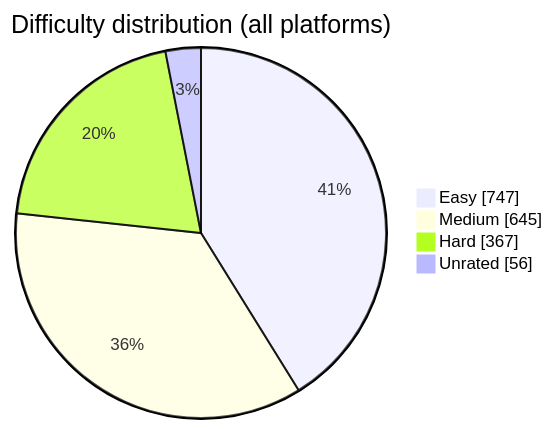
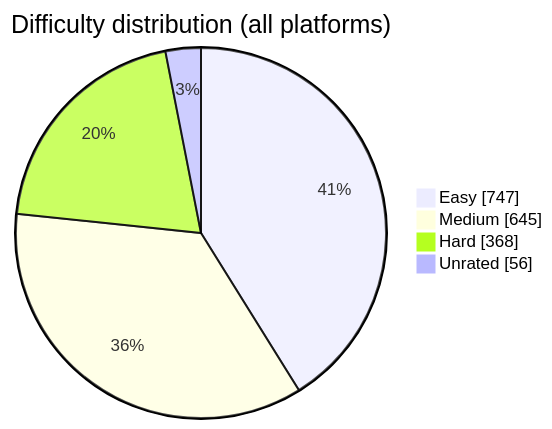
Before and after one commit to BuildbyArindam/Daily-Coding-Log: the diagram in README.md, drawn with Mermaid. The commit also changed other lines of this file, not shown here.

````diff
--- a/README.md
+++ b/README.md
@@ -108,7 +108,7 @@
 ```mermaid
 pie showData title Difficulty distribution (all platforms)
     "Easy" : 747
     "Medium" : 645
-    "Hard" : 367
+    "Hard" : 368
     "Unrated" : 56
 ```
````
